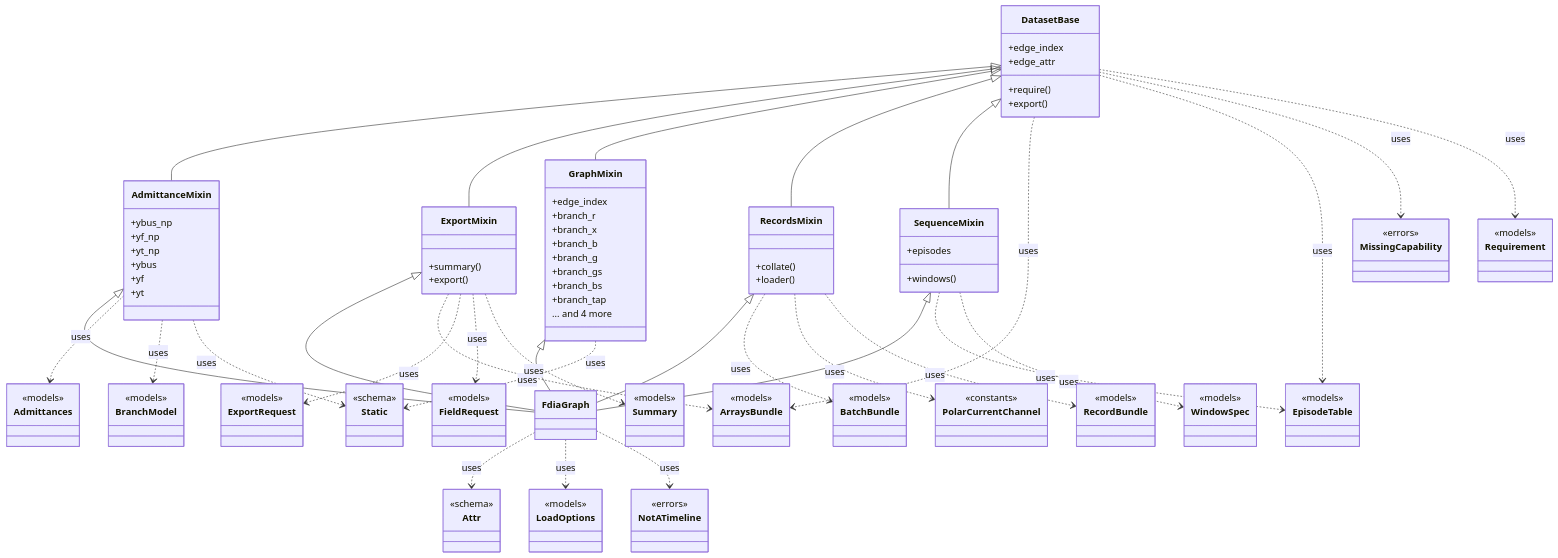
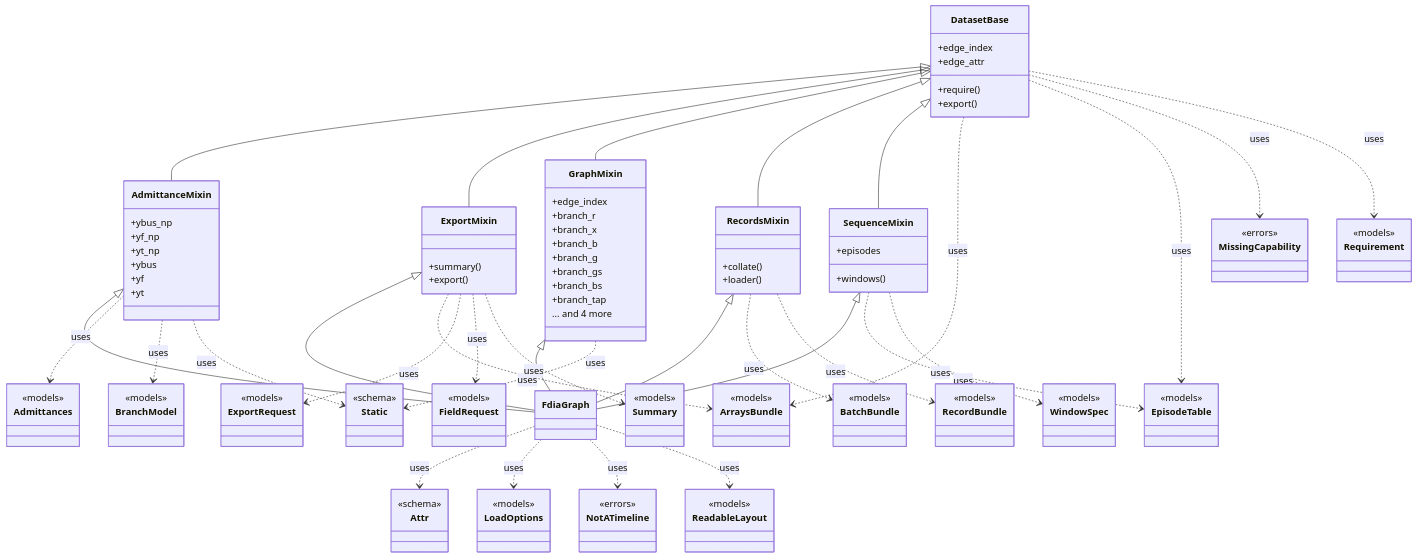
Before and after one commit to myersben9/fdia-graph: the diagram in docs/figures/diagrams/classes_dataset.mmd, drawn with Mermaid. The commit also changed 37 other files, not shown here.

First line of the commit message:
One file layout: from-end flows, currents as real and imaginary part (#269)

```diff
--- a/docs/figures/diagrams/classes_dataset.mmd
+++ b/docs/figures/diagrams/classes_dataset.mmd
@@ -1,121 +1,121 @@
 classDiagram
     class DatasetBase {
         +require()
         +edge_index
         +edge_attr
         +export()
     }
     class GraphMixin {
         +edge_index
         +branch_r
         +branch_x
         +branch_b
         +branch_g
         +branch_gs
         +branch_bs
         +branch_tap
         ... and 4 more
     }
     class AdmittanceMixin {
         +ybus_np
         +yf_np
         +yt_np
         +ybus
         +yf
         +yt
     }
     class RecordsMixin {
         +collate()
         +loader()
     }
     class ExportMixin {
         +summary()
         +export()
     }
     class SequenceMixin {
         +windows()
         +episodes
     }
     class FdiaGraph {
     }
     class Admittances {
         <<models>>
     }
     class ArraysBundle {
         <<models>>
     }
     class Attr {
         <<schema>>
     }
     class BatchBundle {
         <<models>>
     }
     class BranchModel {
         <<models>>
     }
     class EpisodeTable {
         <<models>>
     }
     class ExportRequest {
         <<models>>
     }
     class FieldRequest {
         <<models>>
     }
     class LoadOptions {
         <<models>>
     }
     class MissingCapability {
         <<errors>>
     }
     class NotATimeline {
         <<errors>>
     }
-    class PolarCurrentChannel {
-        <<constants>>
+    class ReadableLayout {
+        <<models>>
     }
     class RecordBundle {
         <<models>>
     }
     class Requirement {
         <<models>>
     }
     class Static {
         <<schema>>
     }
     class Summary {
         <<models>>
     }
     class WindowSpec {
         <<models>>
     }
     AdmittanceMixin <|-- FdiaGraph
     DatasetBase <|-- AdmittanceMixin
     DatasetBase <|-- ExportMixin
     DatasetBase <|-- GraphMixin
     DatasetBase <|-- RecordsMixin
     DatasetBase <|-- SequenceMixin
     ExportMixin <|-- FdiaGraph
     GraphMixin <|-- FdiaGraph
     RecordsMixin <|-- FdiaGraph
     SequenceMixin <|-- FdiaGraph
     AdmittanceMixin ..> Admittances : uses
     AdmittanceMixin ..> BranchModel : uses
     AdmittanceMixin ..> Static : uses
     DatasetBase ..> ArraysBundle : uses
     DatasetBase ..> EpisodeTable : uses
     DatasetBase ..> MissingCapability : uses
     DatasetBase ..> Requirement : uses
     ExportMixin ..> ArraysBundle : uses
     ExportMixin ..> ExportRequest : uses
     ExportMixin ..> FieldRequest : uses
     ExportMixin ..> Summary : uses
     FdiaGraph ..> Attr : uses
     FdiaGraph ..> LoadOptions : uses
     FdiaGraph ..> NotATimeline : uses
+    FdiaGraph ..> ReadableLayout : uses
     GraphMixin ..> Static : uses
     RecordsMixin ..> BatchBundle : uses
-    RecordsMixin ..> PolarCurrentChannel : uses
     RecordsMixin ..> RecordBundle : uses
     SequenceMixin ..> EpisodeTable : uses
     SequenceMixin ..> WindowSpec : uses
```
